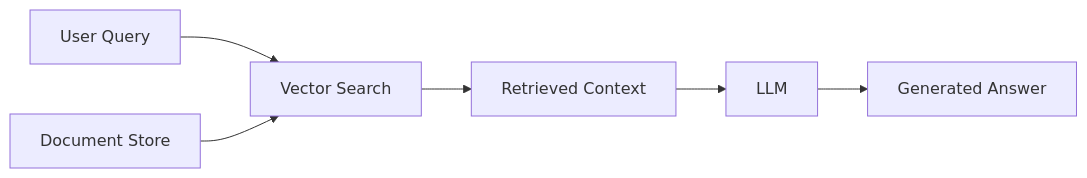
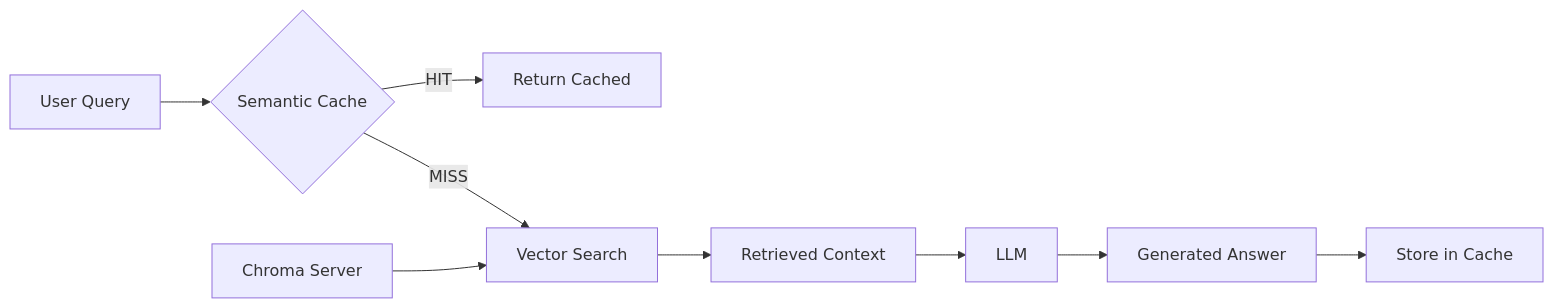
The first of 11 diagrams in DIAGRAMS.md (luiscanaveral/rag-architectures), drawn with Mermaid before and after one commit. The commit also changed other lines of this file and 1 other file, not shown here.

````diff
--- a/DIAGRAMS.md
+++ b/DIAGRAMS.md
@@ -5,8 +5,11 @@
 ```mermaid
 graph LR
-    A[User Query] --> B[Vector Search]
-    C[Document Store] --> B
-    B --> D[Retrieved Context]
-    D --> E[LLM]
-    E --> F[Generated Answer]
+    A[User Query] --> B{Semantic Cache}
+    B -->|HIT| C[Return Cached]
+    B -->|MISS| D[Vector Search]
+    E[Chroma Server] --> D
+    D --> F[Retrieved Context]
+    F --> G[LLM]
+    G --> H[Generated Answer]
+    H --> I[Store in Cache]
 ```
````
